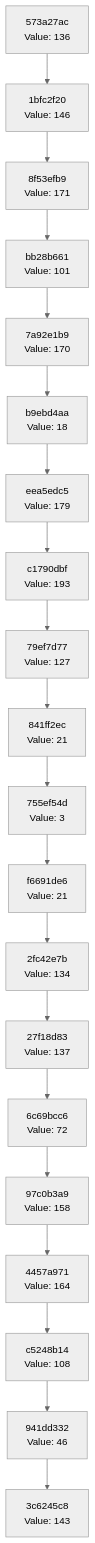
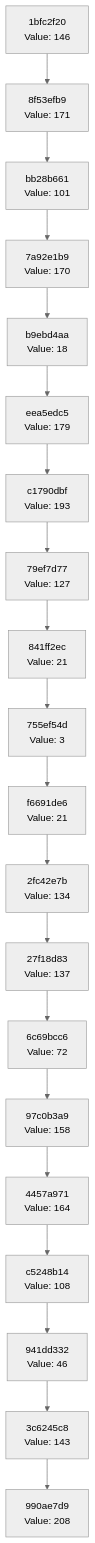
One commit to Abhisheksinha1506/hash-chain-evolver changed the diagram in docs/CHAIN_VISUALIZATION.md. Above: the diagram before and after it, drawn with Mermaid (neutral theme). The commit also changed 3 other files, not shown here.

````diff
--- a/docs/CHAIN_VISUALIZATION.md
+++ b/docs/CHAIN_VISUALIZATION.md
@@ -3,42 +3,42 @@
 ```mermaid
 graph TD
-    C0["3c6245c8<br/>Value: 143"]
-    C1["941dd332<br/>Value: 46"]
+    C0["990ae7d9<br/>Value: 208"]
+    C1["3c6245c8<br/>Value: 143"]
     C1 --> C0
-    C2["c5248b14<br/>Value: 108"]
+    C2["941dd332<br/>Value: 46"]
     C2 --> C1
-    C3["4457a971<br/>Value: 164"]
+    C3["c5248b14<br/>Value: 108"]
     C3 --> C2
-    C4["97c0b3a9<br/>Value: 158"]
+    C4["4457a971<br/>Value: 164"]
     C4 --> C3
-    C5["6c69bcc6<br/>Value: 72"]
+    C5["97c0b3a9<br/>Value: 158"]
     C5 --> C4
-    C6["27f18d83<br/>Value: 137"]
+    C6["6c69bcc6<br/>Value: 72"]
     C6 --> C5
-    C7["2fc42e7b<br/>Value: 134"]
+    C7["27f18d83<br/>Value: 137"]
     C7 --> C6
-    C8["f6691de6<br/>Value: 21"]
+    C8["2fc42e7b<br/>Value: 134"]
     C8 --> C7
-    C9["755ef54d<br/>Value: 3"]
+    C9["f6691de6<br/>Value: 21"]
     C9 --> C8
-    C10["841ff2ec<br/>Value: 21"]
+    C10["755ef54d<br/>Value: 3"]
     C10 --> C9
-    C11["79ef7d77<br/>Value: 127"]
+    C11["841ff2ec<br/>Value: 21"]
     C11 --> C10
-    C12["c1790dbf<br/>Value: 193"]
+    C12["79ef7d77<br/>Value: 127"]
     C12 --> C11
-    C13["eea5edc5<br/>Value: 179"]
+    C13["c1790dbf<br/>Value: 193"]
     C13 --> C12
-    C14["b9ebd4aa<br/>Value: 18"]
+    C14["eea5edc5<br/>Value: 179"]
     C14 --> C13
-    C15["7a92e1b9<br/>Value: 170"]
+    C15["b9ebd4aa<br/>Value: 18"]
     C15 --> C14
-    C16["bb28b661<br/>Value: 101"]
+    C16["7a92e1b9<br/>Value: 170"]
     C16 --> C15
-    C17["8f53efb9<br/>Value: 171"]
+    C17["bb28b661<br/>Value: 101"]
     C17 --> C16
-    C18["1bfc2f20<br/>Value: 146"]
+    C18["8f53efb9<br/>Value: 171"]
     C18 --> C17
-    C19["573a27ac<br/>Value: 136"]
+    C19["1bfc2f20<br/>Value: 146"]
     C19 --> C18
 ```
````
